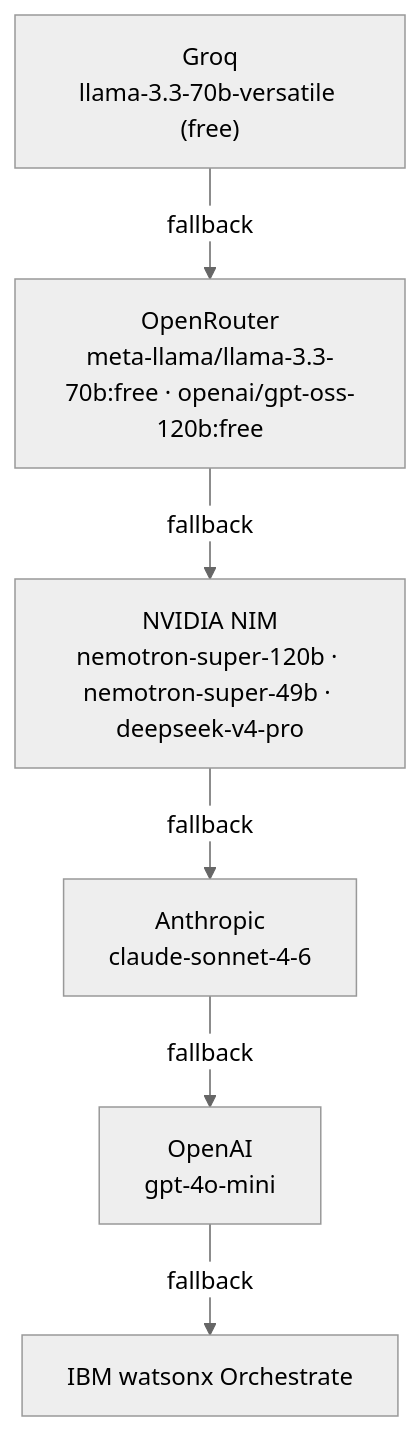
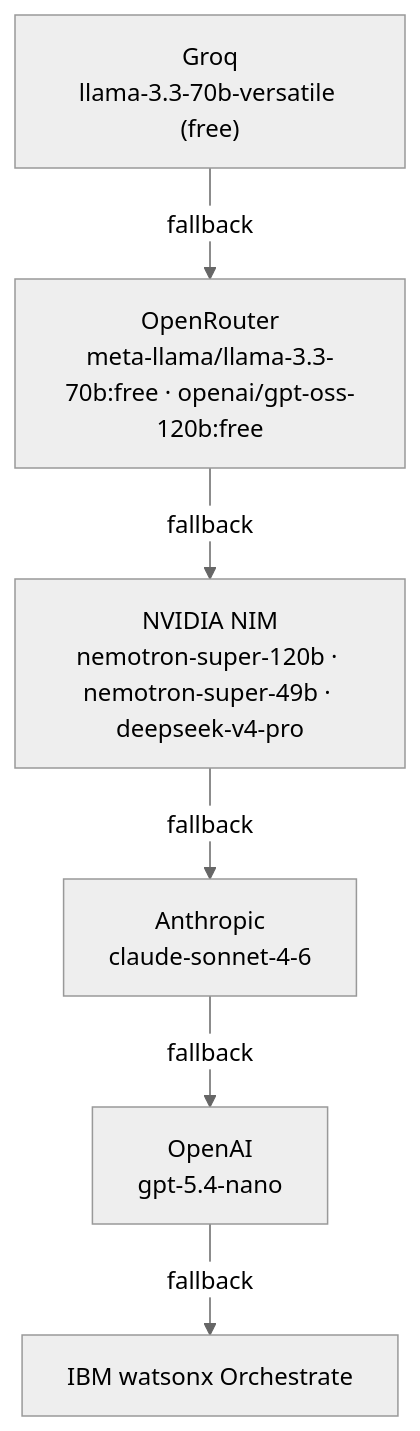
One commit to NorthernAI-coder/three.ws changed the ninth of 22 diagrams in ARCHITECTURE.md. Above: the diagram before and after it, drawn with Mermaid (neutral theme). The commit also changed other lines of this file and 27 other files, not shown here.

````diff
--- a/ARCHITECTURE.md
+++ b/ARCHITECTURE.md
@@ -1426,10 +1426,10 @@
 ```mermaid
 flowchart TD
     A["Groq\nllama-3.3-70b-versatile (free)"]
     B["OpenRouter\nmeta-llama/llama-3.3-70b:free · openai/gpt-oss-120b:free"]
     C["NVIDIA NIM\nnemotron-super-120b · nemotron-super-49b · deepseek-v4-pro"]
     D["Anthropic\nclaude-sonnet-4-6"]
-    E["OpenAI\ngpt-4o-mini"]
+    E["OpenAI\ngpt-5.4-nano"]
     F["IBM watsonx Orchestrate"]
     A -->|fallback| B -->|fallback| C -->|fallback| D -->|fallback| E -->|fallback| F
 ```
````
